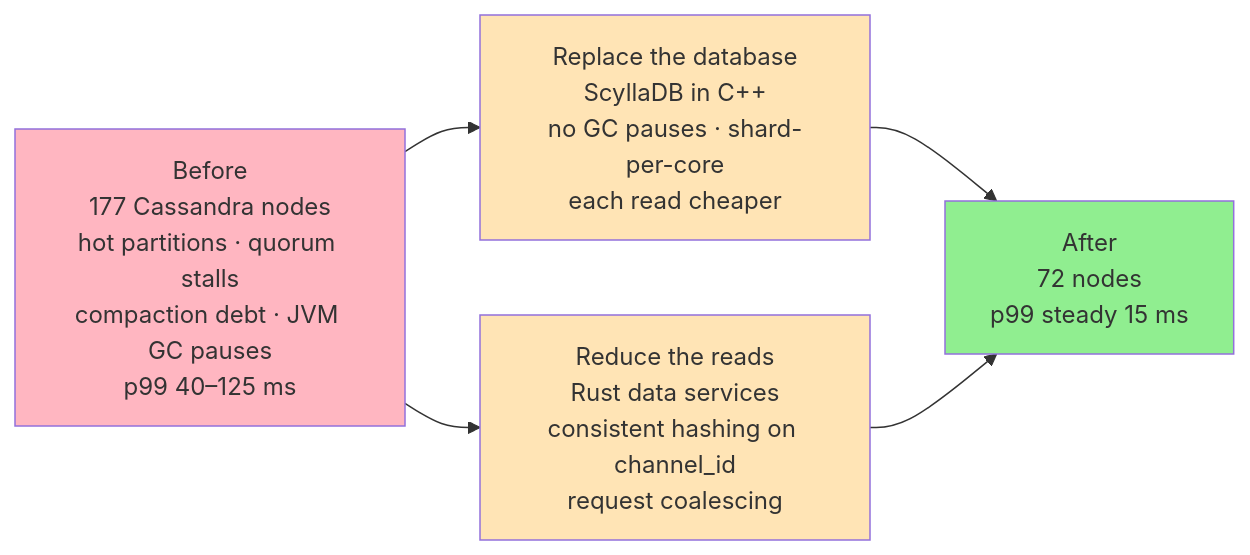
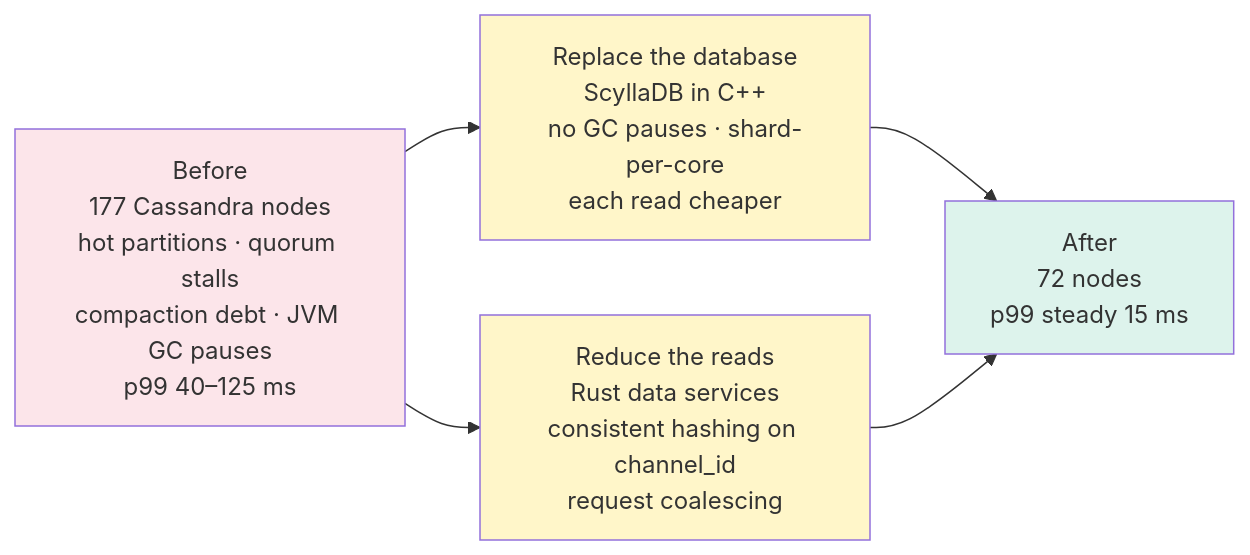
The second of 2 diagrams in LLD/SystemDesign/IntheWild/HowDiscordMovedTrillionsOfMessagesToScylladb.md (cartmancodes/InterviewVault), drawn with Mermaid before and after one commit. The commit also changed other lines of this file and 679 other files, not shown here.

Commit message:
Unify content diagrams and add accessible visual walkthroughs

````diff
--- a/LLD/SystemDesign/IntheWild/HowDiscordMovedTrillionsOfMessagesToScylladb.md
+++ b/LLD/SystemDesign/IntheWild/HowDiscordMovedTrillionsOfMessagesToScylladb.md
@@ -185,17 +185,17 @@
 ```mermaid
 graph LR
     B["Before<br/>177 Cassandra nodes<br/>hot partitions · quorum stalls<br/>compaction debt · JVM GC pauses<br/>p99 40–125 ms"]
     S["Replace the database<br/>ScyllaDB in C++<br/>no GC pauses · shard-per-core<br/>each read cheaper"]
     D["Reduce the reads<br/>Rust data services<br/>consistent hashing on channel_id<br/>request coalescing"]
     A["After<br/>72 nodes<br/>p99 steady 15 ms"]
 
     B --> S
     B --> D
     S --> A
     D --> A
 
-    style B fill:#FFB6C1
-    style S fill:#FFE4B5
-    style D fill:#FFE4B5
-    style A fill:#90EE90
+    style B fill:#FCE5EA
+    style S fill:#FFF6C9
+    style D fill:#FFF6C9
+    style A fill:#DDF3EC
 ```
````
